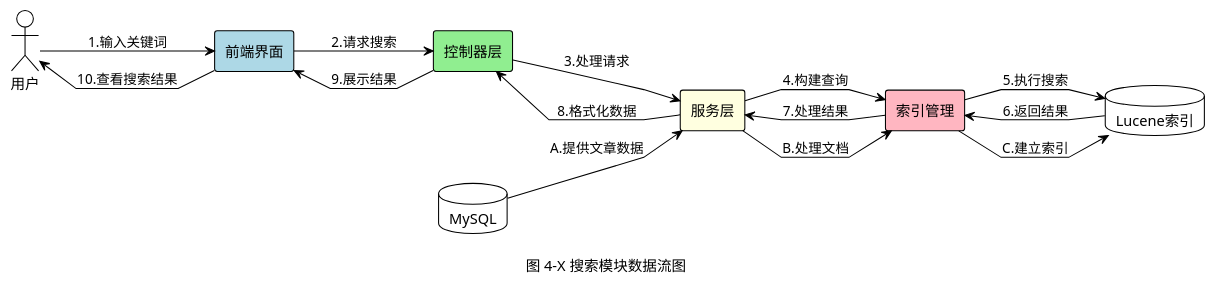
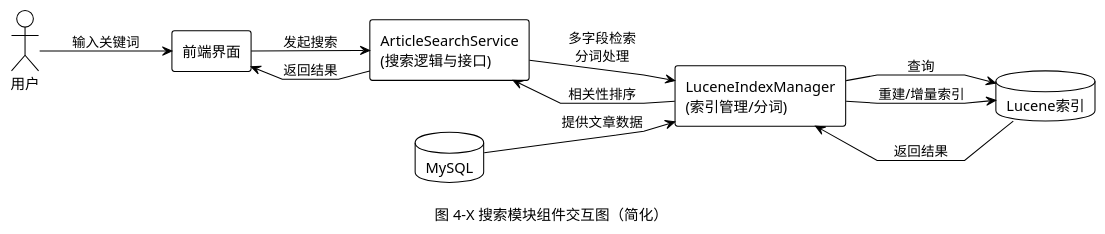
The diagram in 设计文档/图/第四章/搜索模块的组件交互图.puml (Changhuaishui/web2_7), drawn with PlantUML before and after one commit. The commit also changed 1645 other files, not shown here.

```diff
--- a/设计文档/图/第四章/搜索模块的组件交互图.puml
+++ b/设计文档/图/第四章/搜索模块的组件交互图.puml
@@ -1,41 +1,29 @@
 @startuml
 !theme plain
 skinparam linetype polyline
 skinparam componentStyle rectangle
 skinparam dpi 100
-skinparam nodesep 70
-skinparam ranksep 70
-
-' 简化布局
 left to right direction
 
-' 定义主要组件，按层次排列
 actor "用户" as User
-rectangle "前端界面" as UI #lightblue
-rectangle "控制器层" as Controller #lightgreen
-rectangle "服务层" as Service #lightyellow
-rectangle "索引管理" as IndexManager #lightpink
+rectangle "前端界面" as UI
+rectangle "ArticleSearchService\n(搜索逻辑与接口)" as SearchService
+rectangle "LuceneIndexManager\n(索引管理/分词)" as IndexManager
 database "Lucene索引" as LuceneIndex
 database "MySQL" as MySQL
 
-' 定义主要流程 - 简化为两个主要路径
+' 搜索流程
+User --> UI : 输入关键词
+UI --> SearchService : 发起搜索
+SearchService --> IndexManager : 多字段检索\n分词处理
+IndexManager --> LuceneIndex : 查询
+LuceneIndex --> IndexManager : 返回结果
+IndexManager --> SearchService : 相关性排序
+SearchService --> UI : 返回结果
 
-' 搜索路径
-User --> UI : 1.输入关键词
-UI --> Controller : 2.请求搜索
-Controller --> Service : 3.处理请求
-Service --> IndexManager : 4.构建查询
-IndexManager --> LuceneIndex : 5.执行搜索
-IndexManager <-- LuceneIndex : 6.返回结果
-Service <-- IndexManager : 7.处理结果
-Controller <-- Service : 8.格式化数据
-UI <-- Controller : 9.展示结果
-User <-- UI : 10.查看搜索结果
+' 索引构建流程
+MySQL --> IndexManager : 提供文章数据
+IndexManager --> LuceneIndex : 重建/增量索引
 
-' 索引构建路径
-MySQL --> Service : A.提供文章数据
-Service --> IndexManager : B.处理文档
-IndexManager --> LuceneIndex : C.建立索引
-
-caption "图 4-X 搜索模块数据流图"
+caption "图 4-X 搜索模块组件交互图（简化）"
 @enduml
```
